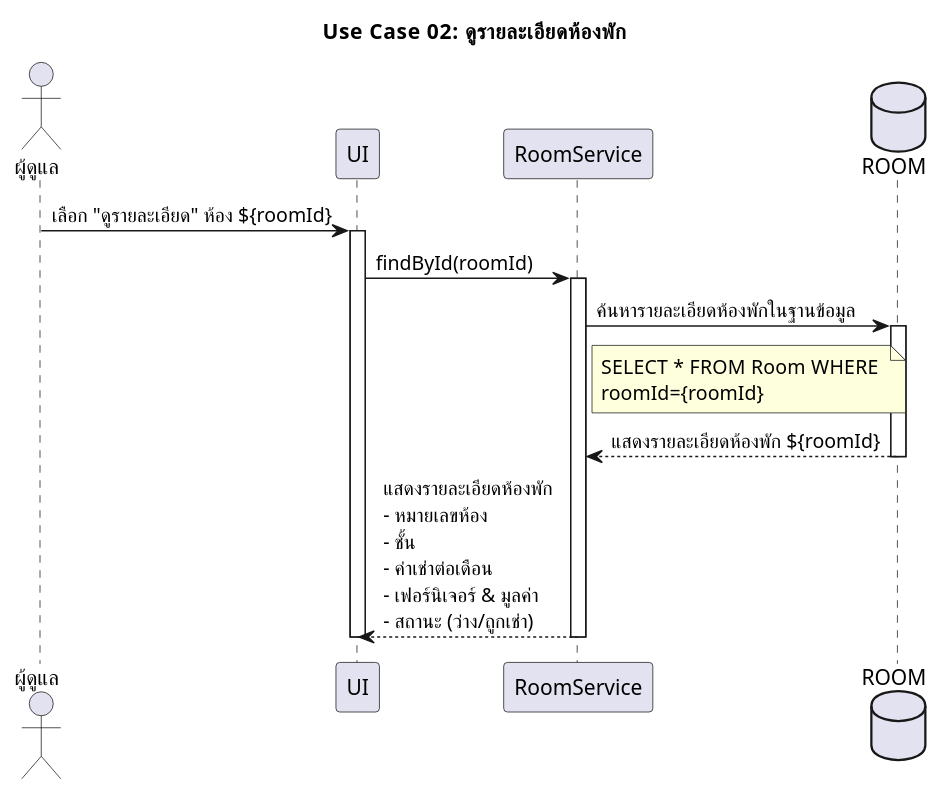
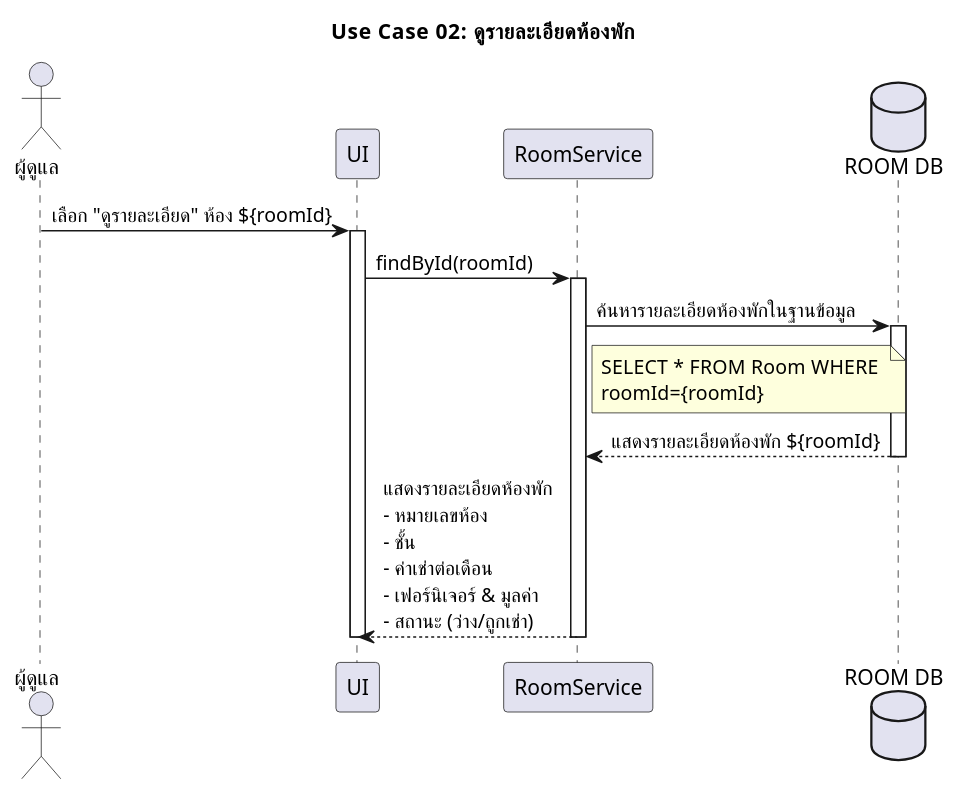
One commit to warinyang/UML-monthly-room-rent changed the diagram in UseCase02_room_detail.plantuml. Above: the diagram before and after it, drawn with PlantUML.

```diff
--- a/UseCase02_room_detail.plantuml
+++ b/UseCase02_room_detail.plantuml
@@ -1,26 +1,26 @@
 @startuml Use Case 02: ดูรายละเอียดห้องพัก
 skinparam defaultFontName "TH Sarabun New"
 title Use Case 02: ดูรายละเอียดห้องพัก
 actor "ผู้ดูแล" as Admin
 participant "UI" as UI
 participant "RoomService" as  MSROOM
-database    ROOM    as Room
+database    "ROOM DB"   as Room
 
 Admin -> UI  : เลือก "ดูรายละเอียด" ห้อง ${roomId}
 activate UI
 UI -> MSROOM :findById(roomId)
 activate MSROOM
 MSROOM -> Room : ค้นหารายละเอียดห้องพักในฐานข้อมูล
 
 note right of MSROOM
 SELECT * FROM Room  WHERE 
 roomId={roomId}
 end note
 
 activate Room
 Room --> MSROOM: แสดงรายละเอียดห้องพัก ${roomId}
 deactivate Room
 MSROOM --> UI: แสดงรายละเอียดห้องพัก\n- หมายเลขห้อง\n- ชั้น\n- ค่าเช่าต่อเดือน\n- เฟอร์นิเจอร์ & มูลค่า\n- สถานะ (ว่าง/ถูกเช่า)
 deactivate MSROOM
 deactivate UI
 @enduml
```
